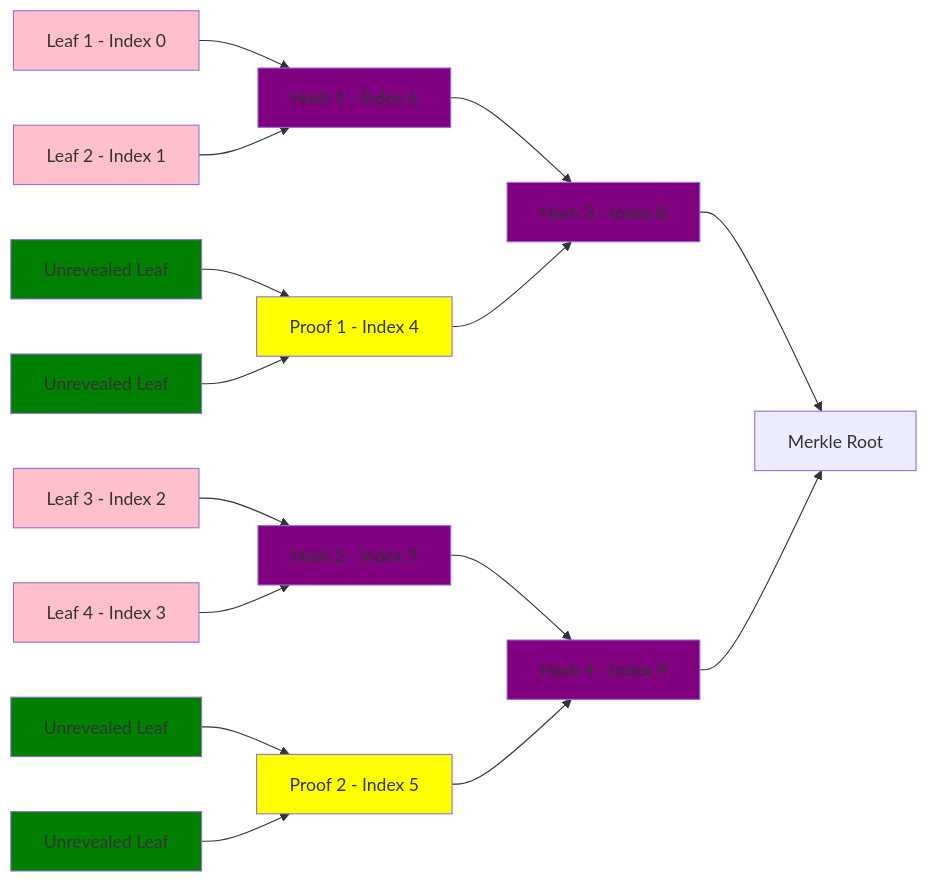
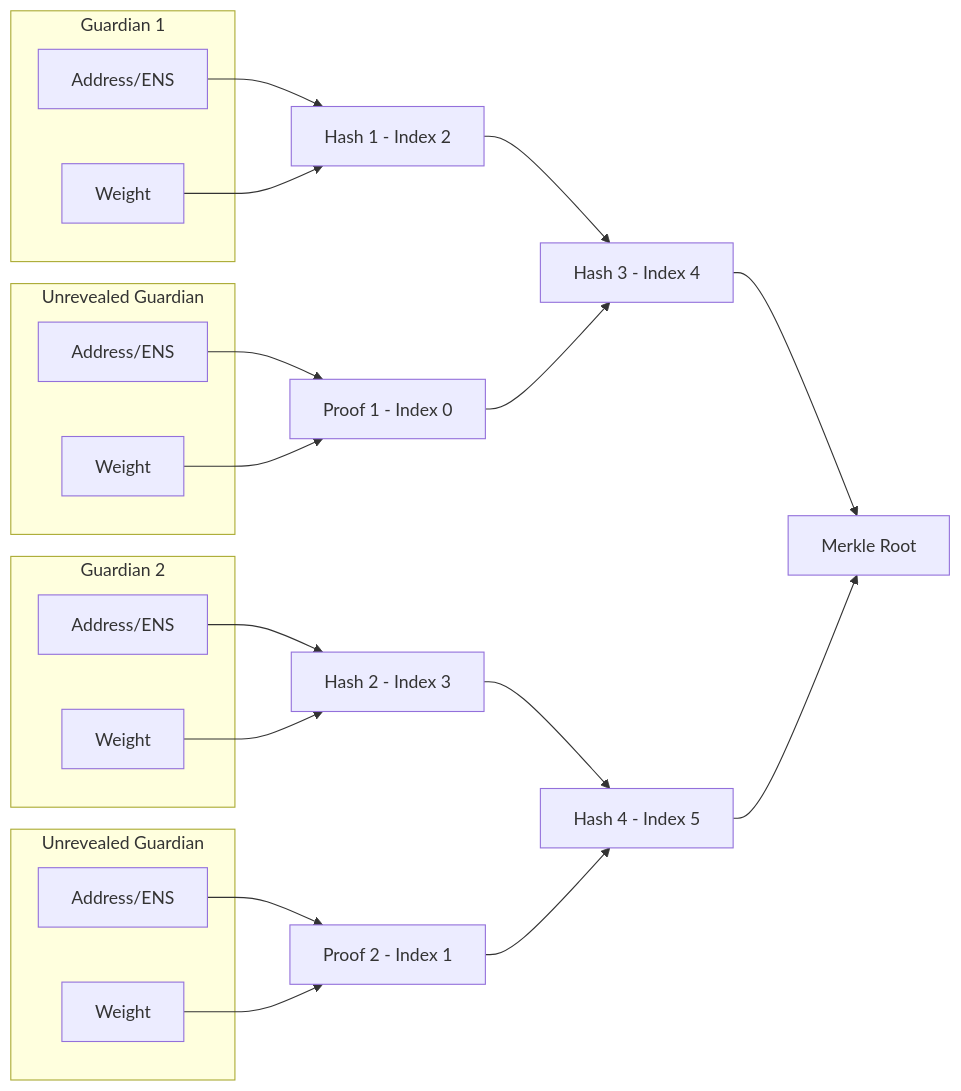
Before and after one commit to ethereum/EIPs: diagram 17 of 17 in EIPS/eip-2429.md, drawn with Mermaid. The commit also changed other lines of this file, not shown here.

Commit message:
simplify leafs, weight as siblings, drop Tdiv, hashPeer->partialReveal

````diff
--- a/EIPS/eip-2429.md
+++ b/EIPS/eip-2429.md
@@ -618,48 +592,45 @@
 ```mermaid
 graph LR
-    leaf1["Leaf 1 - Index 0"];
-    leaf2["Leaf 2 - Index 1"];
-    leaf3["Leaf 3 - Index 2"];
-    leaf4["Leaf 4 - Index 3"];
-    proof1["Proof 1 - Index 4"];
-    proof2["Proof 2 - Index 5"];
-    hash1["Hash 1 - Index 6"];
-    hash2["Hash 2 - Index 7"];
-    hash3["Hash 3 - Index 8"];
-    hash4["Hash 4 - Index 9"];
+    subgraph Guardian 1
+        leaf1["Address/ENS"];
+        leaf2["Weight"];
+    end
+    subgraph Guardian 2
+        leaf3["Address/ENS"];
+        leaf4["Weight"];
+    end
+    subgraph Unrevealed Guardian
+        unknown1["Address/ENS"]
+        unknown2["Weight"]
+    end
+    subgraph Unrevealed Guardian
+        unknown3["Address/ENS"]
+        unknown4["Weight"]
+    end
+    proof1["Proof 1 - Index 0"];
+    proof2["Proof 2 - Index 1"];
+    hash1["Hash 1 - Index 2"];
+    hash2["Hash 2 - Index 3"];
+    hash3["Hash 3 - Index 4"];
+    hash4["Hash 4 - Index 5"];
     root["Merkle Root"]   
+
     leaf1-->hash1
     leaf2-->hash1
-
+    unknown1-->proof1
+    unknown2-->proof1
     leaf3-->hash2
     leaf4-->hash2
+    unknown3-->proof2
+    unknown4-->proof2
 
     hash1-->hash3
     proof1-->hash3
 
     hash2-->hash4
     proof2-->hash4
 
     hash3-->root
     hash4-->root
 
-    unknown1["Unrevealed Leaf"]-->proof1
-    unknown2["Unrevealed Leaf"]-->proof1
-    unknown3["Unrevealed Leaf"]-->proof2
-    unknown4["Unrevealed Leaf"]-->proof2
-
-    style leaf1 fill:pink
-    style leaf2 fill:pink
-    style leaf3 fill:pink
-    style leaf4 fill:pink
-    style proof1 fill:yellow
-    style proof2 fill:yellow
-    style hash1 fill:purple
-    style hash2 fill:purple
-    style hash3 fill:purple
-    style hash4 fill:purple
-    style unknown1 fill:green
-    style unknown2 fill:green
-    style unknown3 fill:green
-    style unknown4 fill:green
 ```
````
